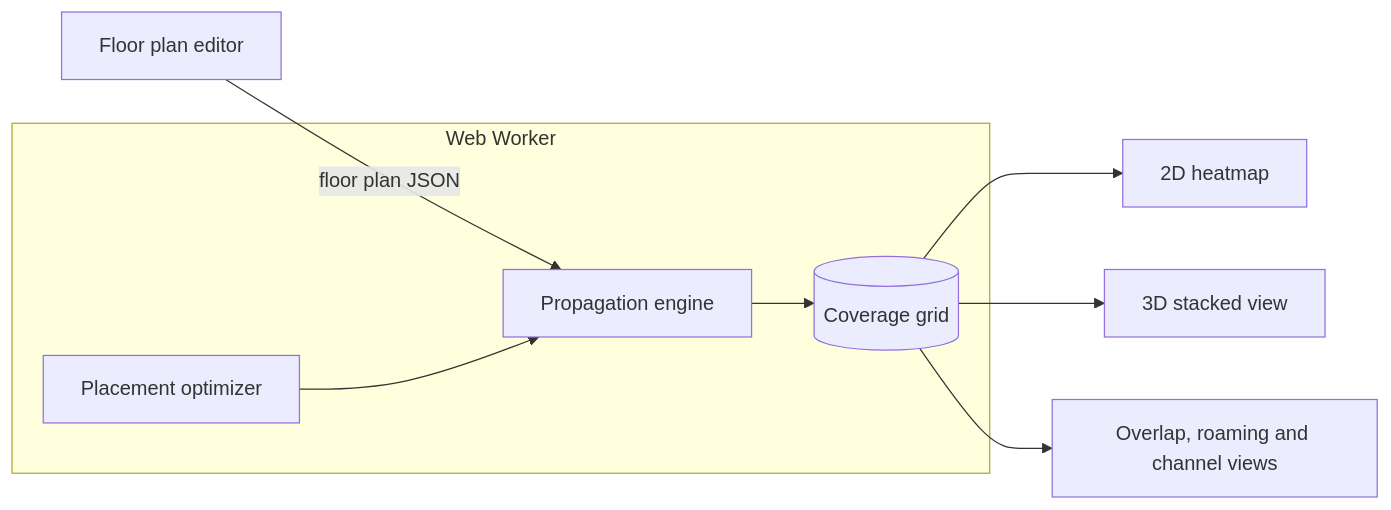
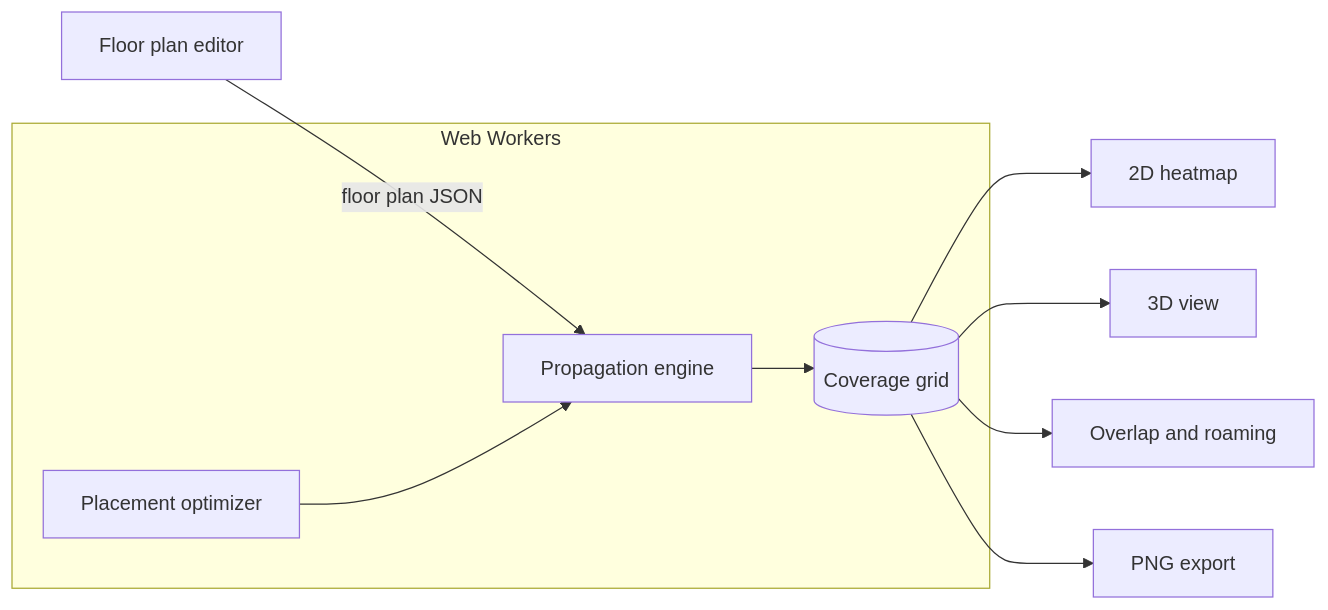
Before and after one commit to NC4321/SignalPlan: the diagram in README.md, drawn with Mermaid. The commit also changed other lines of this file and 6 other files, not shown here.

````diff
--- a/README.md
+++ b/README.md
@@ -18,11 +107,12 @@
 ```mermaid
 flowchart LR
   editor[Floor plan editor] -->|floor plan JSON| engine
-  subgraph worker[Web Worker]
+  subgraph workers[Web Workers]
     engine[Propagation engine] --> grid[(Coverage grid)]
     optimizer[Placement optimizer] --> engine
   end
   grid --> heatmap[2D heatmap]
-  grid --> view3d[3D stacked view]
-  grid --> analysis[Overlap, roaming and channel views]
+  grid --> view3d[3D view]
+  grid --> views[Overlap and roaming]
+  grid --> png[PNG export]
 ```
````
